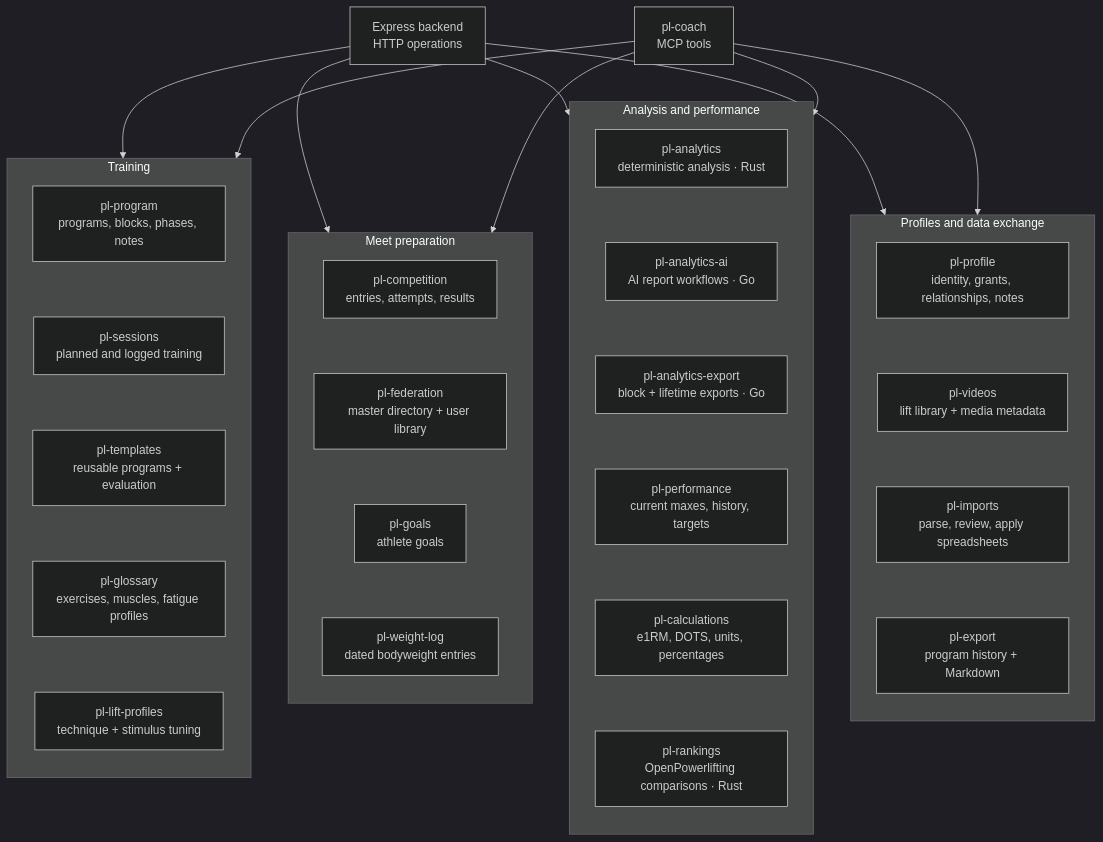
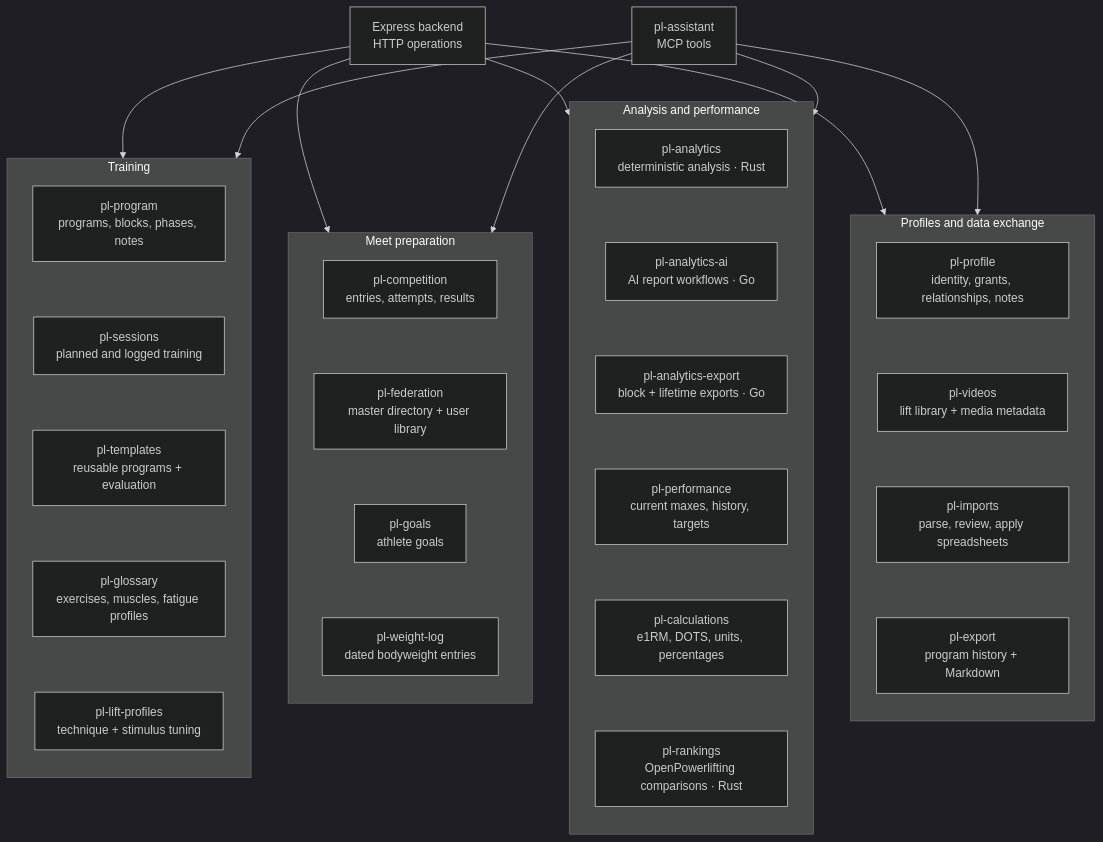
Before and after one commit to PierreStephaneVoltaire/ai-powerlifting: the third of 13 diagrams in docs/ARCHITECTURE.md, drawn with Mermaid (dark theme). The commit also changed other lines of this file and 224 other files, not shown here.

````diff
--- a/docs/ARCHITECTURE.md
+++ b/docs/ARCHITECTURE.md
@@ -105,46 +113,46 @@
 ```mermaid
 flowchart TB
   BE["Express backend<br/>HTTP operations"]
-  Coach["pl-coach<br/>MCP tools"]
+  Coach["pl-assistant<br/>MCP tools"]
 
   subgraph Training["Training"]
     direction TB
     Program["pl-program<br/>programs, blocks, phases, notes"]
     Sessions["pl-sessions<br/>planned and logged training"]
     Templates["pl-templates<br/>reusable programs + evaluation"]
     Glossary["pl-glossary<br/>exercises, muscles, fatigue profiles"]
     LiftProfiles["pl-lift-profiles<br/>technique + stimulus tuning"]
     Program ~~~ Sessions ~~~ Templates ~~~ Glossary ~~~ LiftProfiles
   end
 
   subgraph MeetPrep["Meet preparation"]
     direction TB
     Competition["pl-competition<br/>entries, attempts, results"]
     Federation["pl-federation<br/>master directory + user library"]
     Goals["pl-goals<br/>athlete goals"]
     WeightLog["pl-weight-log<br/>dated bodyweight entries"]
     Competition ~~~ Federation ~~~ Goals ~~~ WeightLog
   end
 
   subgraph Analysis["Analysis and performance"]
     direction TB
     Analytics["pl-analytics<br/>deterministic analysis · Rust"]
     AnalyticsAI["pl-analytics-ai<br/>AI report workflows · Go"]
     AnalyticsExport["pl-analytics-export<br/>block + lifetime exports · Go"]
     Performance["pl-performance<br/>current maxes, history, targets"]
     Calculations["pl-calculations<br/>e1RM, DOTS, units, percentages"]
     Rankings["pl-rankings<br/>OpenPowerlifting comparisons · Rust"]
     Analytics ~~~ AnalyticsAI ~~~ AnalyticsExport ~~~ Performance ~~~ Calculations ~~~ Rankings
   end
 
   subgraph Records["Profiles and data exchange"]
     direction TB
     Profile["pl-profile<br/>identity, grants, relationships, notes"]
     Videos["pl-videos<br/>lift library + media metadata"]
     Imports["pl-imports<br/>parse, review, apply spreadsheets"]
     Export["pl-export<br/>program history + Markdown"]
     Profile ~~~ Videos ~~~ Imports ~~~ Export
   end
   BE --> Training & MeetPrep & Analysis & Records
   Coach --> Training & MeetPrep & Analysis & Records
 ```
````
